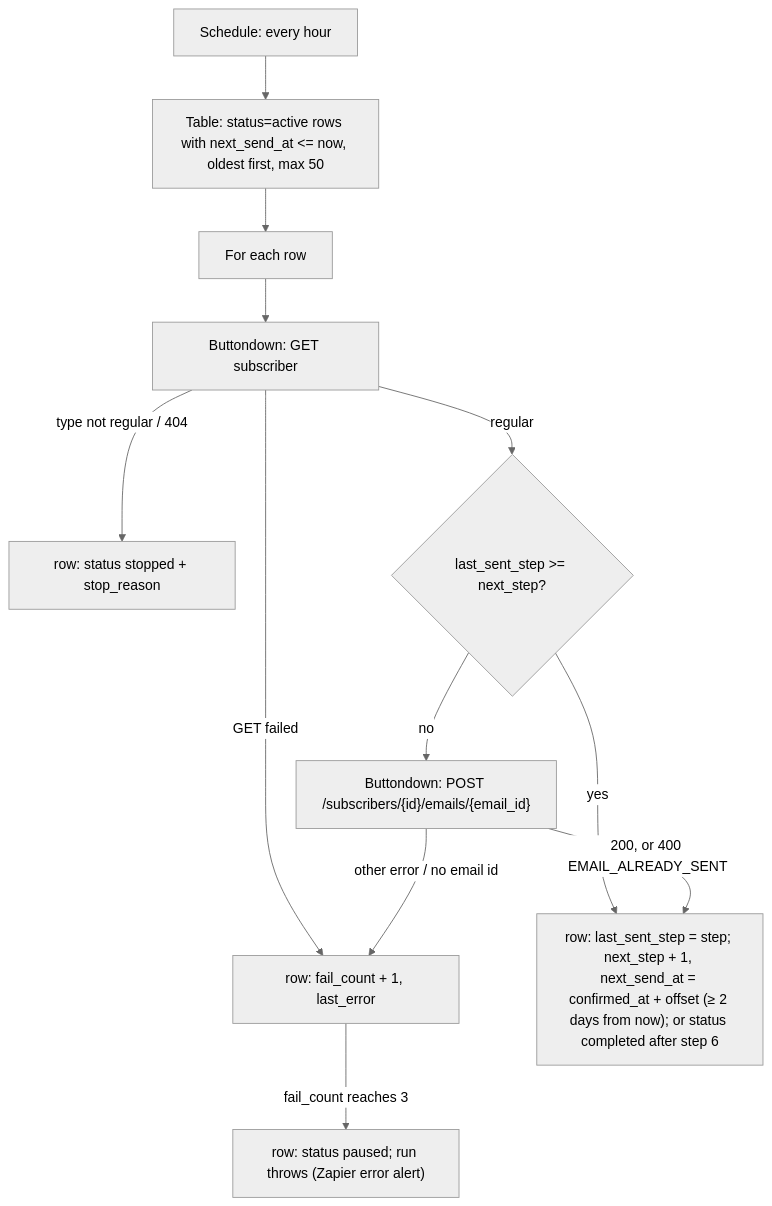
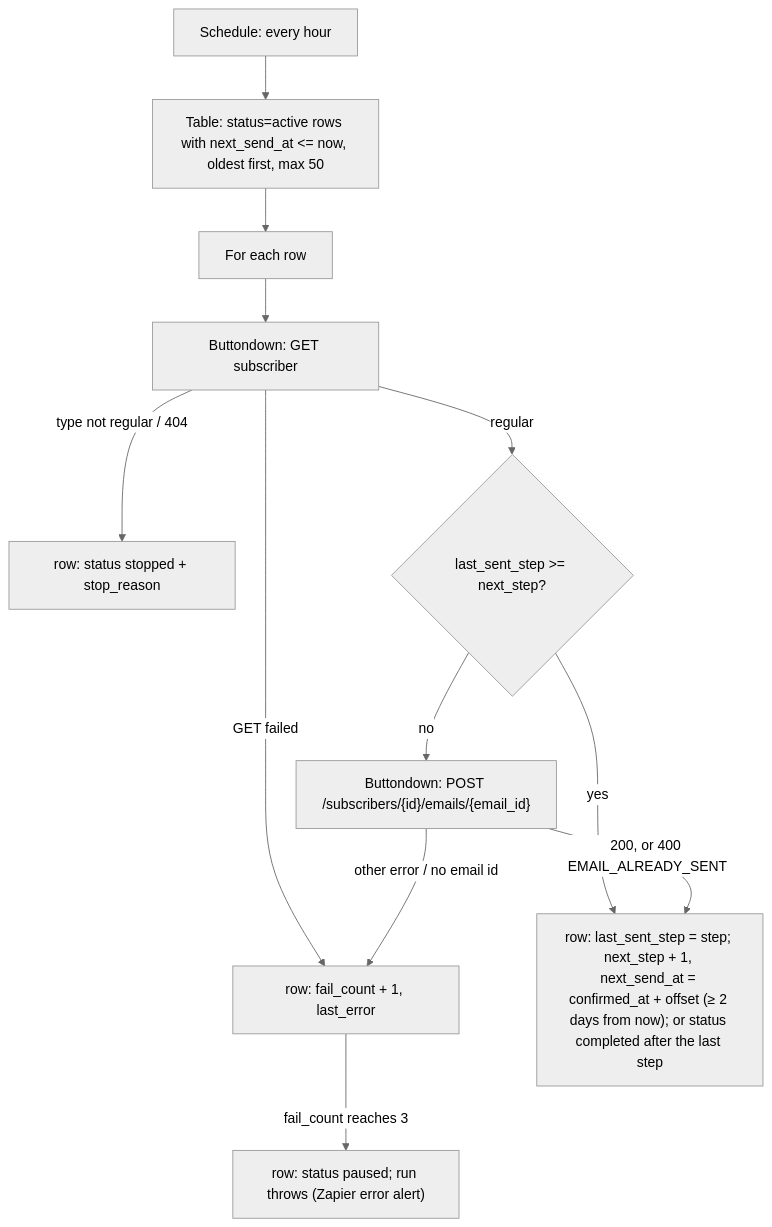
Before and after one commit to work-flowers/zapier-sdk: the diagram in flow-statements-welcome-sender/README.md, drawn with Mermaid (neutral theme). The commit also changed other lines of this file and 10 other files, not shown here.

First line of the commit message:
Welcome sequence: five emails created in Buttondown, ids in SEQUENCE

````diff
--- a/flow-statements-welcome-sender/README.md
+++ b/flow-statements-welcome-sender/README.md
@@ -42,14 +43,14 @@
 ```mermaid
 flowchart TD
   A[Schedule: every hour] --> B["Table: status=active rows with next_send_at <= now, oldest first, max 50"]
   B --> C[For each row]
   C --> D[Buttondown: GET subscriber]
   D -- "type not regular / 404" --> STOP["row: status stopped + stop_reason"]
   D -- GET failed --> FAIL
   D -- regular --> E{last_sent_step >= next_step?}
   E -- yes --> ADV
   E -- no --> F["Buttondown: POST /subscribers/{id}/emails/{email_id}"]
-  F -- "200, or 400 EMAIL_ALREADY_SENT" --> ADV["row: last_sent_step = step; next_step + 1, next_send_at = confirmed_at + offset (≥ 2 days from now); or status completed after step 6"]
+  F -- "200, or 400 EMAIL_ALREADY_SENT" --> ADV["row: last_sent_step = step; next_step + 1, next_send_at = confirmed_at + offset (≥ 2 days from now); or status completed after the last step"]
   F -- other error / no email id --> FAIL["row: fail_count + 1, last_error"]
   FAIL -- "fail_count reaches 3" --> PAUSE["row: status paused; run throws (Zapier error alert)"]
 ```
````
